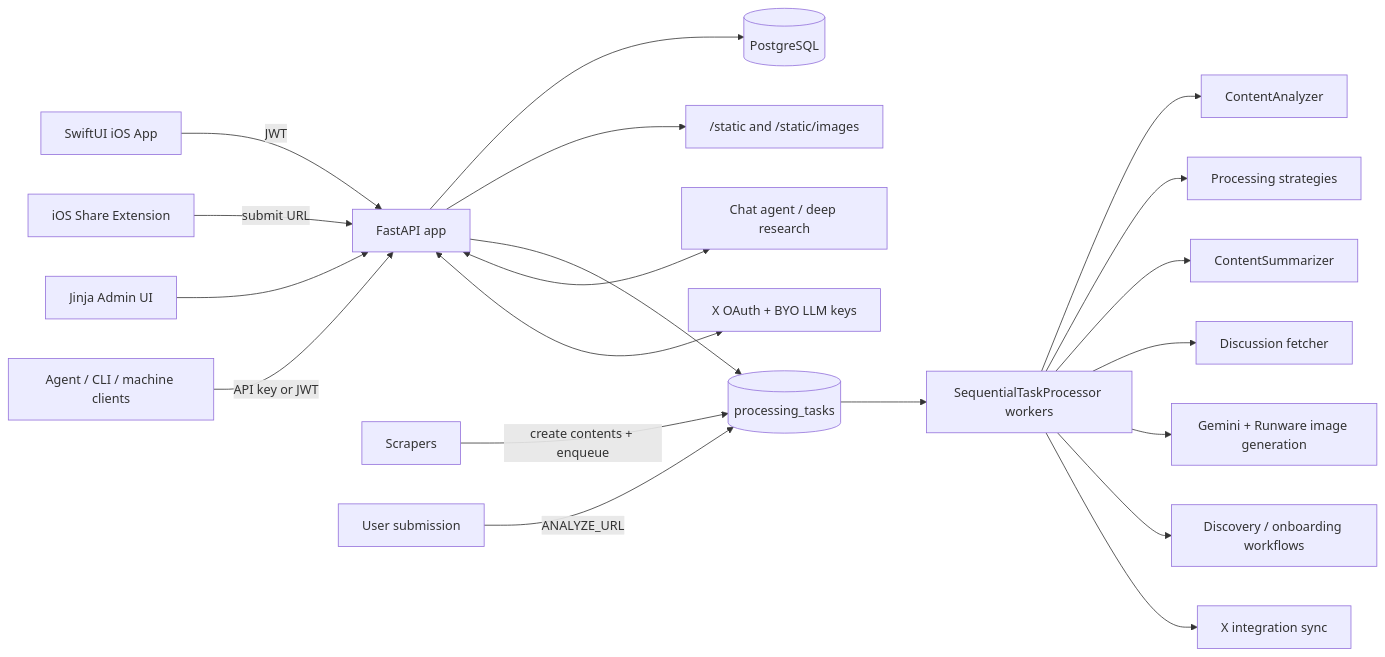
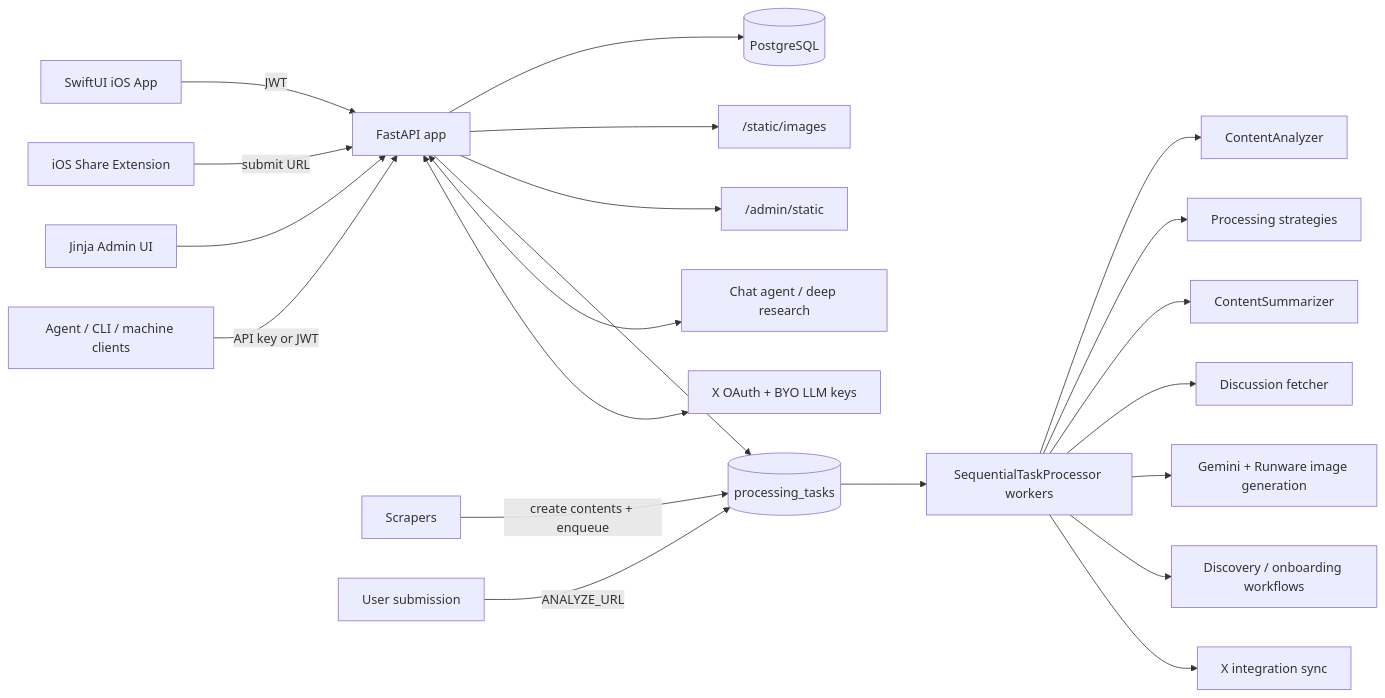
Before and after one commit to willemave/newsbuddy: the first of 2 diagrams in docs/architecture.md, drawn with Mermaid. The commit also changed other lines of this file and 11 other files, not shown here.

````diff
--- a/docs/architecture.md
+++ b/docs/architecture.md
@@ -44,25 +44,26 @@
 ```mermaid
 flowchart LR
   iOS["SwiftUI iOS App"] -->|JWT| API["FastAPI app"]
   Share["iOS Share Extension"] -->|submit URL| API
   Admin["Jinja Admin UI"] --> API
   Agent["Agent / CLI / machine clients"] -->|API key or JWT| API
 
   API --> DB[(PostgreSQL)]
-  API --> Static["/static and /static/images"]
+  API --> GeneratedImages["/static/images"]
+  API --> AdminAssets["/admin/static"]
   API --> Queue[(processing_tasks)]
 
   Scrapers["Scrapers"] -->|create contents + enqueue| Queue
   Submit["User submission"] -->|ANALYZE_URL| Queue
   Queue --> Workers["SequentialTaskProcessor workers"]
   Workers --> Analyzer["ContentAnalyzer"]
   Workers --> Strategies["Processing strategies"]
   Workers --> Summarizer["ContentSummarizer"]
   Workers --> Discussion["Discussion fetcher"]
   Workers --> ImageGen["Gemini + Runware image generation"]
   Workers --> Discovery["Discovery / onboarding workflows"]
   Workers --> XSync["X integration sync"]
 
   API <--> Chat["Chat agent / deep research"]
   API <--> Integrations["X OAuth + BYO LLM keys"]
 ```
````
